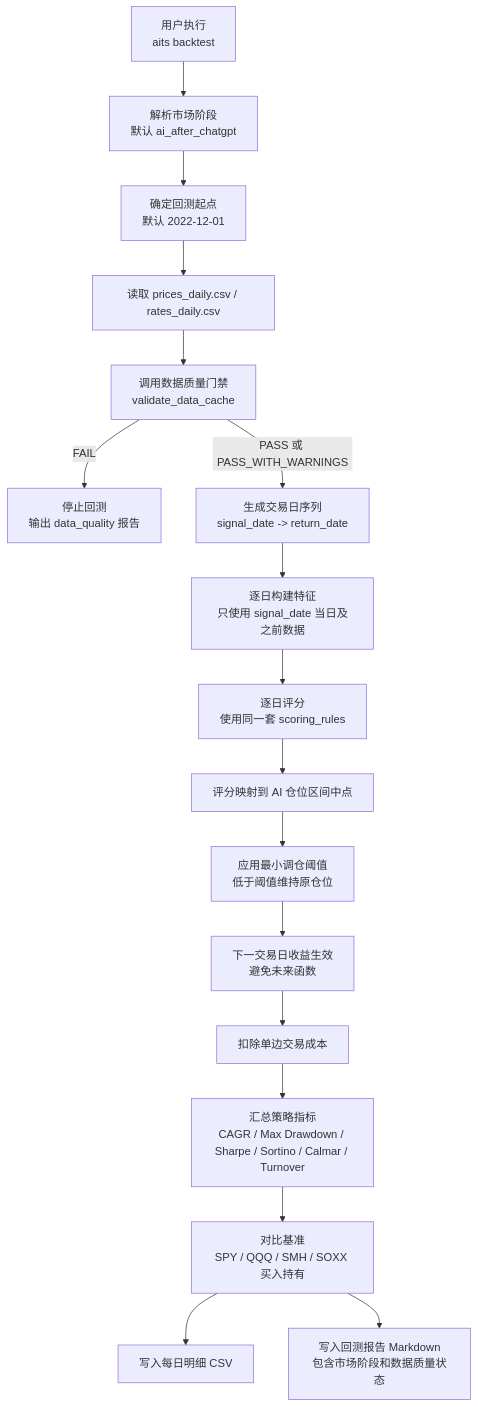
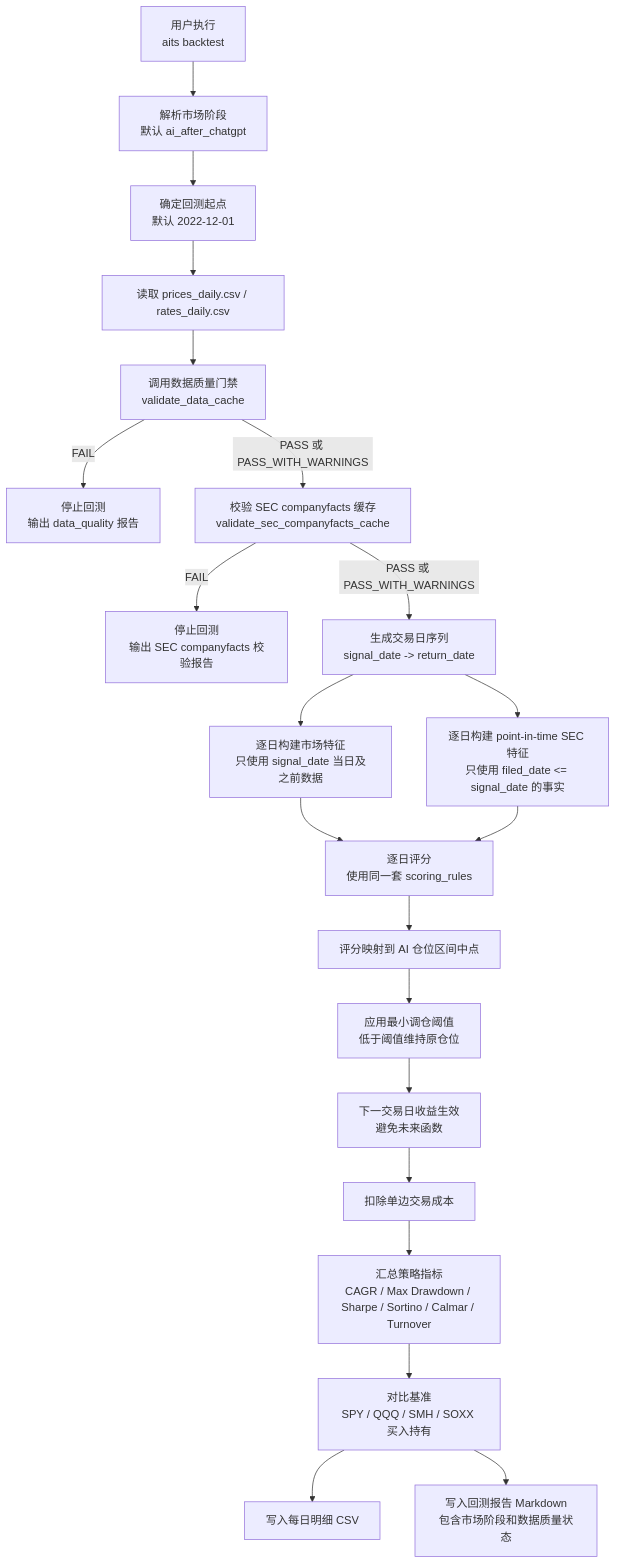
One commit to AI-Trading-Collaboration/AITradingSystem changed the third of 5 diagrams in docs/system_flow.md. Above: the diagram before and after it, drawn with Mermaid. The commit also changed other lines of this file and 11 other files, not shown here.

Commit message:
Add point-in-time SEC fundamentals to backtest

````diff
--- a/docs/system_flow.md
+++ b/docs/system_flow.md
@@ -279,19 +287,23 @@
 ```mermaid
 flowchart TD
     A["用户执行<br/>aits backtest"] --> B["解析市场阶段<br/>默认 ai_after_chatgpt"]
     B --> C["确定回测起点<br/>默认 2022-12-01"]
     C --> D["读取 prices_daily.csv / rates_daily.csv"]
     D --> E["调用数据质量门禁<br/>validate_data_cache"]
     E -->|FAIL| F["停止回测<br/>输出 data_quality 报告"]
-    E -->|PASS 或 PASS_WITH_WARNINGS| G["生成交易日序列<br/>signal_date -> return_date"]
-    G --> H["逐日构建特征<br/>只使用 signal_date 当日及之前数据"]
+    E -->|PASS 或 PASS_WITH_WARNINGS| S1["校验 SEC companyfacts 缓存<br/>validate_sec_companyfacts_cache"]
+    S1 -->|FAIL| S2["停止回测<br/>输出 SEC companyfacts 校验报告"]
+    S1 -->|PASS 或 PASS_WITH_WARNINGS| G["生成交易日序列<br/>signal_date -> return_date"]
+    G --> H["逐日构建市场特征<br/>只使用 signal_date 当日及之前数据"]
+    G --> H2["逐日构建 point-in-time SEC 特征<br/>只使用 filed_date <= signal_date 的事实"]
     H --> I["逐日评分<br/>使用同一套 scoring_rules"]
+    H2 --> I
     I --> J["评分映射到 AI 仓位区间中点"]
     J --> K["应用最小调仓阈值<br/>低于阈值维持原仓位"]
     K --> L["下一交易日收益生效<br/>避免未来函数"]
     L --> M["扣除单边交易成本"]
     M --> N["汇总策略指标<br/>CAGR / Max Drawdown / Sharpe / Sortino / Calmar / Turnover"]
     N --> O["对比基准<br/>SPY / QQQ / SMH / SOXX 买入持有"]
     O --> P["写入每日明细 CSV"]
     O --> Q["写入回测报告 Markdown<br/>包含市场阶段和数据质量状态"]
 ```
````
